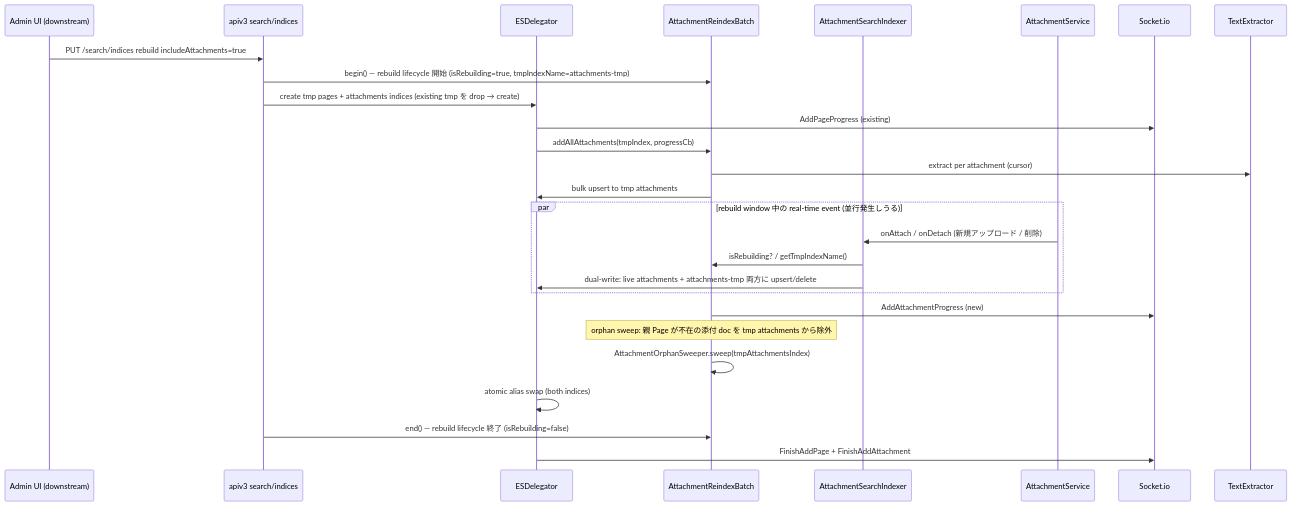
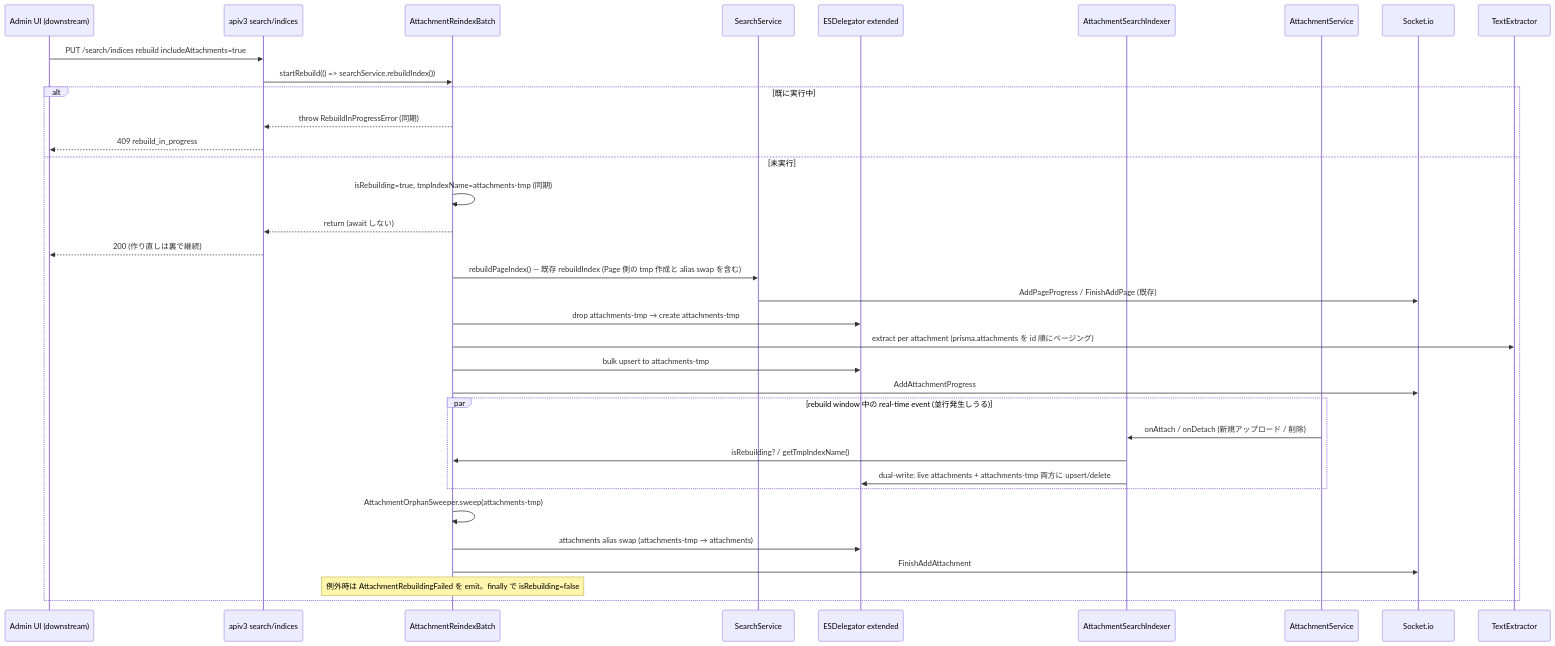
One commit to growilabs/growi changed the fifth of 6 diagrams in .kiro/specs/attachment-search-indexing/design.md. Above: the diagram before and after it, drawn with Mermaid. The commit also changed other lines of this file and 3 other files, not shown here.

First line of the commit message:
docs(attachment-search-indexing): revise design for master changes

````diff
--- a/.kiro/specs/attachment-search-indexing/design.md
+++ b/.kiro/specs/attachment-search-indexing/design.md
@@ -411,32 +433,40 @@
 ```mermaid
 sequenceDiagram
     participant Admin as Admin UI (downstream)
     participant Api as apiv3 search/indices
-    participant Del as ESDelegator
     participant Batch as AttachmentReindexBatch
+    participant Svc as SearchService
+    participant Del as ESDelegator extended
     participant Idx as AttachmentSearchIndexer
     participant Att as AttachmentService
     participant Sock as Socket.io
     participant Ext as TextExtractor
 
     Admin->>Api: PUT /search/indices rebuild includeAttachments=true
-    Api->>Batch: begin() — rebuild lifecycle 開始 (isRebuilding=true, tmpIndexName=attachments-tmp)
-    Api->>Del: create tmp pages + attachments indices (existing tmp を drop → create)
-    Del->>Sock: AddPageProgress (existing)
-    Del->>Batch: addAllAttachments(tmpIndex, progressCb)
-    Batch->>Ext: extract per attachment (cursor)
-    Batch->>Del: bulk upsert to tmp attachments
+    Api->>Batch: startRebuild(() => searchService.rebuildIndex())
+    alt 既に実行中
+        Batch-->>Api: throw RebuildInProgressError (同期)
+        Api-->>Admin: 409 rebuild_in_progress
+    else 未実行
+        Batch->>Batch: isRebuilding=true, tmpIndexName=attachments-tmp (同期)
+        Batch-->>Api: return (await しない)
+        Api-->>Admin: 200 (作り直しは裏で継続)
+        Batch->>Svc: rebuildPageIndex() — 既存 rebuildIndex (Page 側の tmp 作成と alias swap を含む)
+        Svc->>Sock: AddPageProgress / FinishAddPage (既存)
+        Batch->>Del: drop attachments-tmp → create attachments-tmp
+        Batch->>Ext: extract per attachment (prisma.attachments を id 順にページング)
+        Batch->>Del: bulk upsert to attachments-tmp
+        Batch->>Sock: AddAttachmentProgress
 
-    par rebuild window 中の real-time event (並行発生しうる)
-        Att->>Idx: onAttach / onDetach (新規アップロード / 削除)
-        Idx->>Batch: isRebuilding? / getTmpIndexName()
-        Idx->>Del: dual-write: live attachments + attachments-tmp 両方に upsert/delete
+        par rebuild window 中の real-time event (並行発生しうる)
+            Att->>Idx: onAttach / onDetach (新規アップロード / 削除)
+            Idx->>Batch: isRebuilding? / getTmpIndexName()
+            Idx->>Del: dual-write: live attachments + attachments-tmp 両方に upsert/delete
+        end
+
+        Batch->>Batch: AttachmentOrphanSweeper.sweep(attachments-tmp)
+        Batch->>Del: attachments alias swap (attachments-tmp → attachments)
+        Batch->>Sock: FinishAddAttachment
+        Note over Batch: 例外時は AttachmentRebuildingFailed を emit。finally で isRebuilding=false
     end
-
-    Batch->>Sock: AddAttachmentProgress (new)
-    Note over Batch: orphan sweep: 親 Page が不在の添付 doc を tmp attachments から除外
-    Batch->>Batch: AttachmentOrphanSweeper.sweep(tmpAttachmentsIndex)
-    Del->>Del: atomic alias swap (both indices)
-    Api->>Batch: end() — rebuild lifecycle 終了 (isRebuilding=false)
-    Del->>Sock: FinishAddPage + FinishAddAttachment
 ```
````
